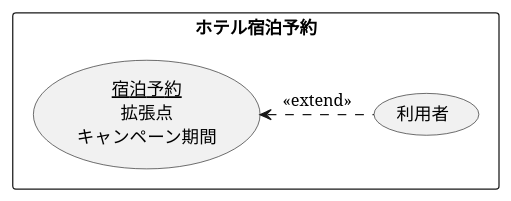
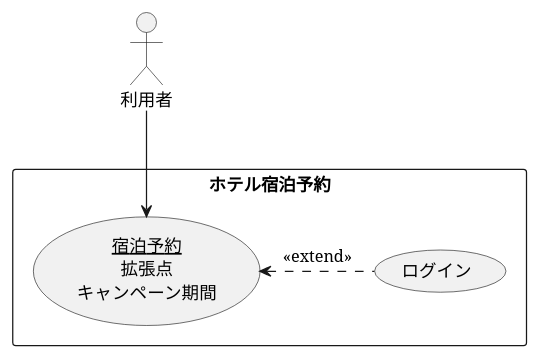
One commit to Nakmura0121/uml-introduction changed the diagram in 演習2-4_キャンペーン中のホテル宿泊予約.pu. Above: the diagram before and after it, drawn with PlantUML. The commit also changed 4 other files, not shown here.

```diff
--- a/演習2-4_キャンペーン中のホテル宿泊予約.pu
+++ b/演習2-4_キャンペーン中のホテル宿泊予約.pu
@@ -1,7 +1,9 @@
 @startuml ユースケース図
+actor 利用者
 rectangle ホテル宿泊予約 {
-usecase 利用者
 usecase (<u>宿泊予約</u>\n拡張点\nキャンペーン期間) as input
+usecase ログイン
 }
-input <. (利用者) : <<extend>>
+利用者 --> input
+input <. (ログイン) : <<extend>>
 @enduml
```
